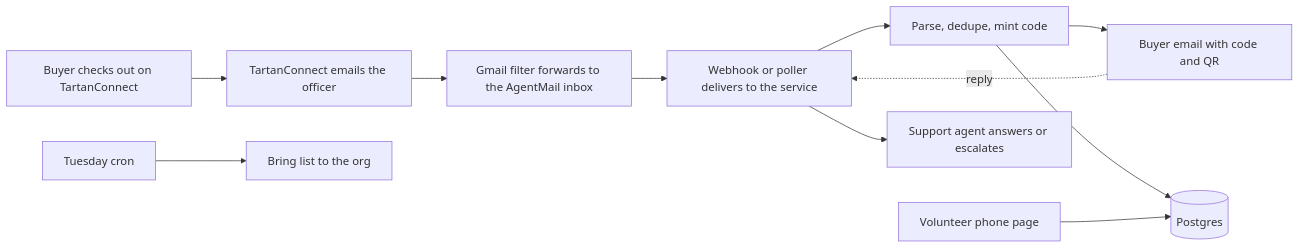
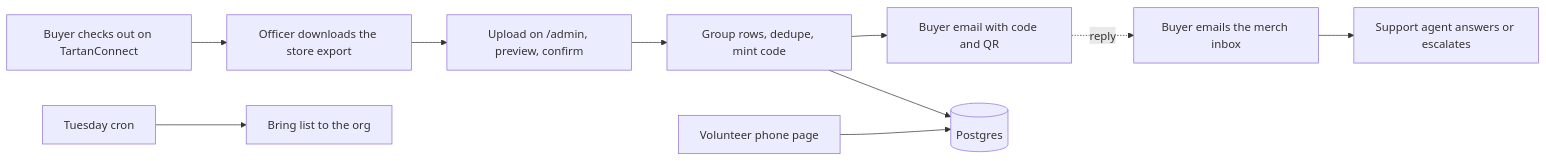
Before and after one commit to scottylabs-labrador/sl-merch-operations: the diagram in README.md, drawn with Mermaid. The commit also changed other lines of this file and 14 other files, not shown here.

First line of the commit message:
Make the store export the order intake, with preview and safe re-upload

````diff
--- a/README.md
+++ b/README.md
@@ -81,13 +85,13 @@
 ```mermaid
 flowchart LR
-    A[Buyer checks out on TartanConnect] --> B[TartanConnect emails the officer]
-    B --> C[Gmail filter forwards to the AgentMail inbox]
-    C --> D[Webhook or poller delivers to the service]
-    D --> E[Parse, dedupe, mint code]
+    A[Buyer checks out on TartanConnect] --> B[Officer downloads the store export]
+    B --> C[Upload on /admin, preview, confirm]
+    C --> E[Group rows, dedupe, mint code]
+    D[Buyer emails the merch inbox] --> I
     E --> F[Buyer email with code and QR]
     E --> G[(Postgres)]
     H[Volunteer phone page] --> G
     F -. reply .-> D
-    D --> I[Support agent answers or escalates]
+    I[Support agent answers or escalates]
     J[Tuesday cron] --> K[Bring list to the org]
 ```
````
